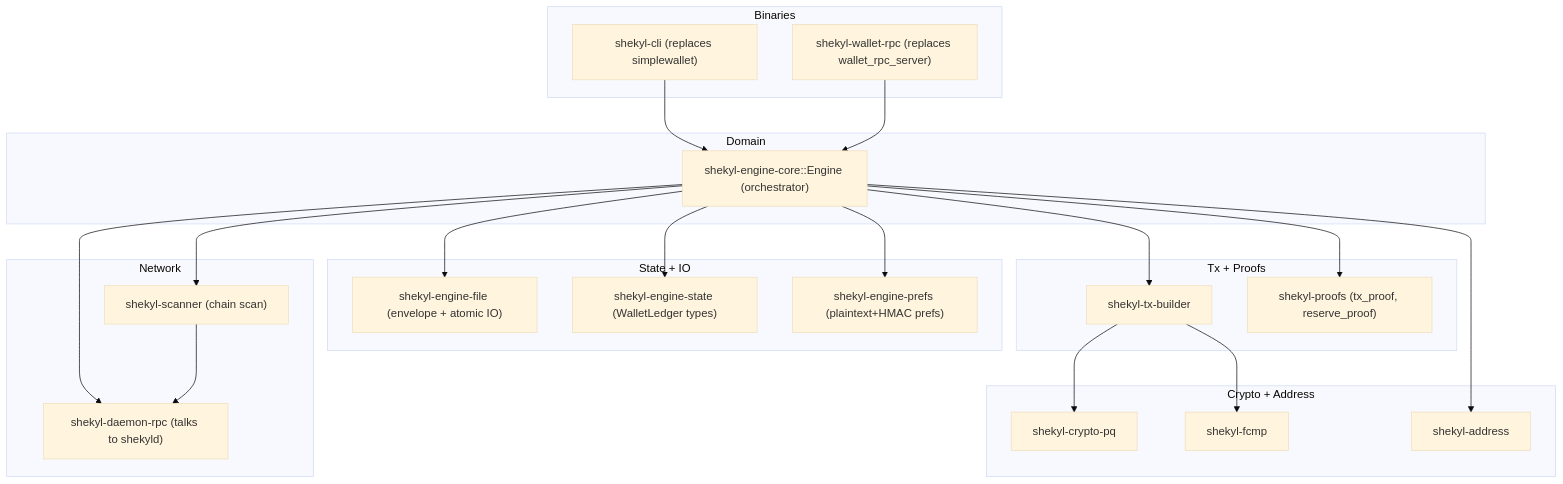
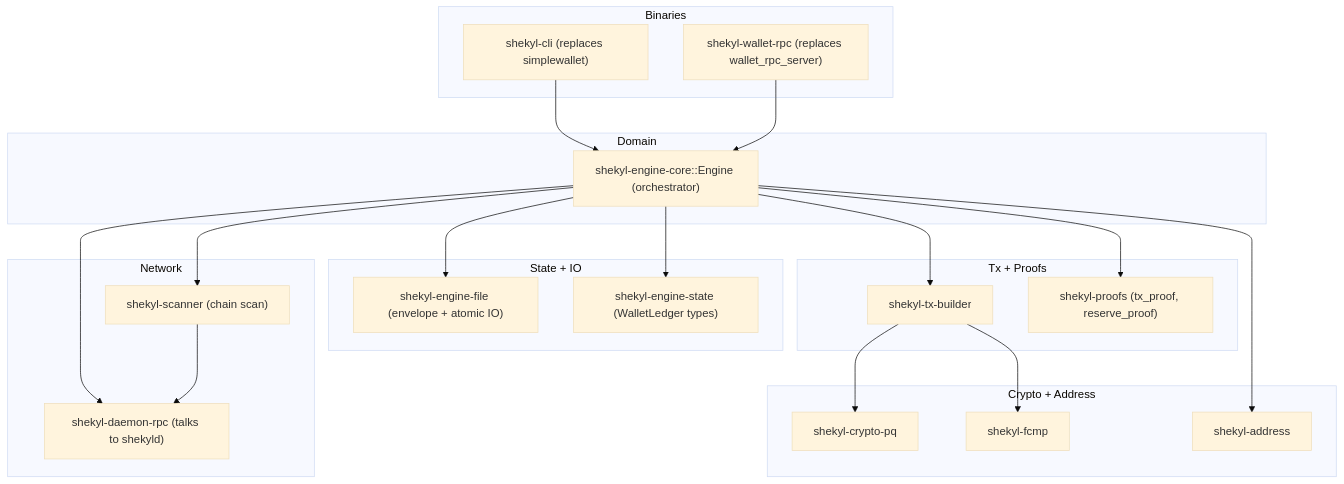
One commit to Shekyl-Foundation/shekyl-core changed the first of 2 diagrams in docs/design/WALLET_REWRITE_PLAN.md. Above: the diagram before and after it, drawn with Mermaid (base theme). The commit also changed other lines of this file and 28 other files, not shown here.

````diff
--- a/docs/design/WALLET_REWRITE_PLAN.md
+++ b/docs/design/WALLET_REWRITE_PLAN.md
@@ -116,47 +115,45 @@
 ```mermaid
 flowchart TB
     subgraph Bins[Binaries]
       Cli["shekyl-cli (replaces simplewallet)"]
       Rpc["shekyl-wallet-rpc (replaces wallet_rpc_server)"]
     end
 
     subgraph Api[Domain]
       WalletCore["shekyl-engine-core::Engine (orchestrator)"]
     end
 
     subgraph State[State + IO]
       WFile["shekyl-engine-file (envelope + atomic IO)"]
       WState["shekyl-engine-state (WalletLedger types)"]
-      WPrefs["shekyl-engine-prefs (plaintext+HMAC prefs)"]
     end
 
     subgraph Net[Network]
       DRpc["shekyl-daemon-rpc (talks to shekyld)"]
       Scanner["shekyl-scanner (chain scan)"]
     end
 
     subgraph TxC[Tx + Proofs]
       TxB["shekyl-tx-builder"]
       Proofs["shekyl-proofs (tx_proof, reserve_proof)"]
     end
 
     subgraph Crypto[Crypto + Address]
       CryptoPq["shekyl-crypto-pq"]
       Fcmp["shekyl-fcmp"]
       Address["shekyl-address"]
     end
 
     Cli --> WalletCore
     Rpc --> WalletCore
     WalletCore --> WFile
     WalletCore --> WState
-    WalletCore --> WPrefs
     WalletCore --> Scanner
     WalletCore --> TxB
     WalletCore --> Proofs
     WalletCore --> Address
     WalletCore --> DRpc
     Scanner --> DRpc
     TxB --> Fcmp
     TxB --> CryptoPq
 ```
````
